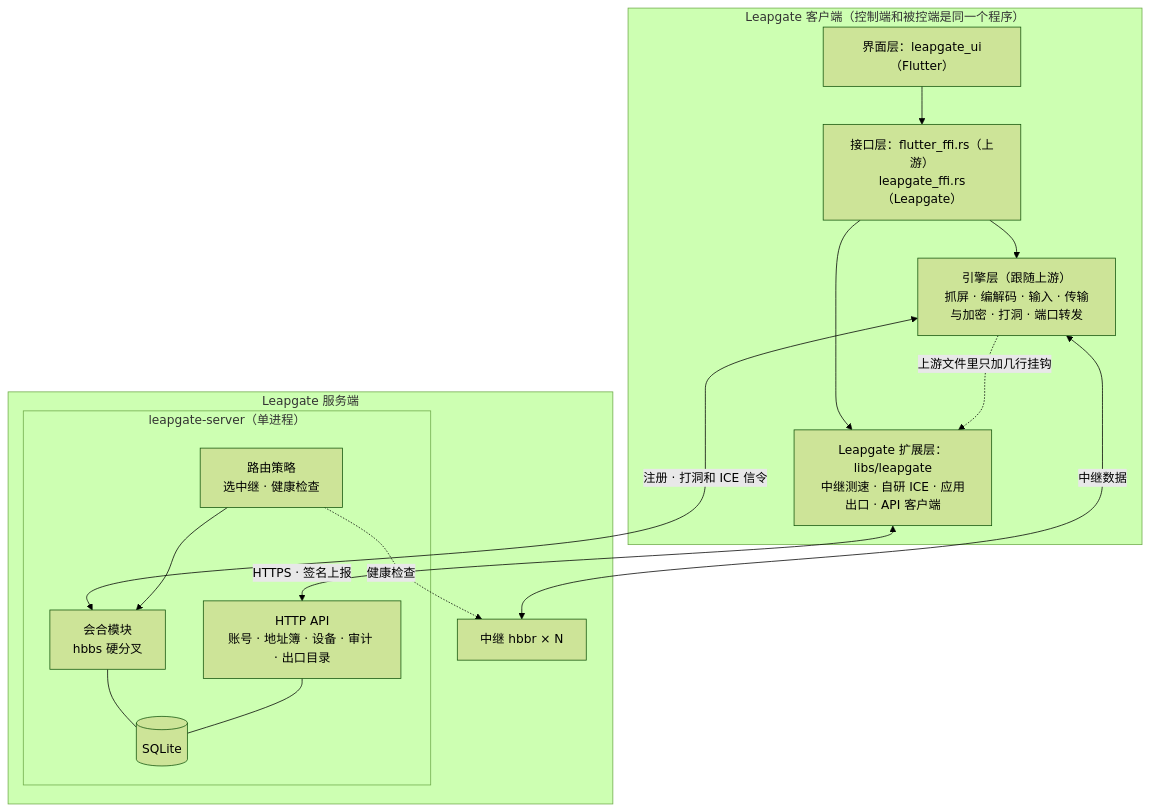
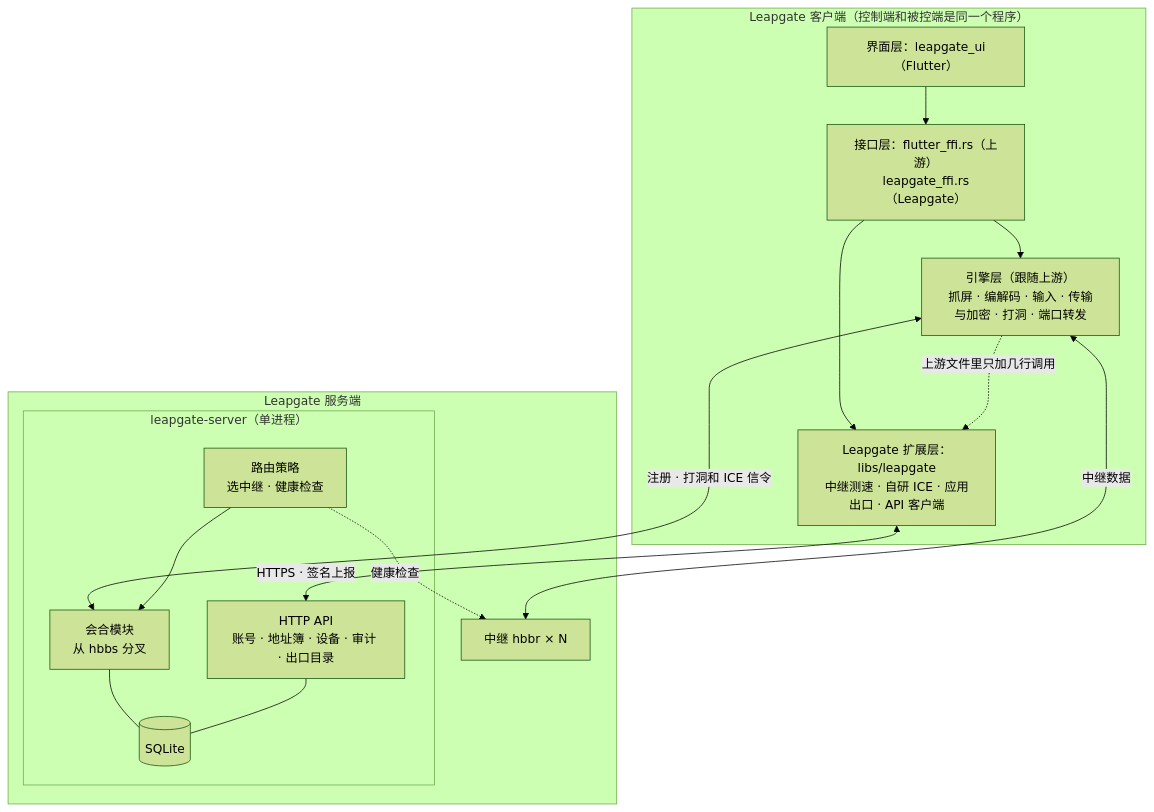
The diagram in README.md (Ogannesson/leapgate), drawn with Mermaid (forest theme) before and after one commit. The commit also changed other lines of this file and 1 other file, not shown here.

Commit message:
README: rewrite for outside readers (no milestone codes, phases or process terms; jargon explained on first use; roadmap by area with Done / In progress / Planned; one overall status line in the warning)

````diff
--- a/README.md
+++ b/README.md
@@ -231,29 +215,29 @@
 ```mermaid
 flowchart TB
   subgraph C["Leapgate 客户端（控制端和被控端是同一个程序）"]
     UI["界面层：leapgate_ui（Flutter）"]
     FFI["接口层：flutter_ffi.rs（上游）<br/>leapgate_ffi.rs（Leapgate）"]
     EXT["Leapgate 扩展层：libs/leapgate<br/>中继测速 · 自研 ICE · 应用出口 · API 客户端"]
     ENG["引擎层（跟随上游）<br/>抓屏 · 编解码 · 输入 · 传输与加密 · 打洞 · 端口转发"]
     UI --> FFI
     FFI --> ENG
     FFI --> EXT
-    ENG -.->|"上游文件里只加几行挂钩"| EXT
+    ENG -.->|"上游文件里只加几行调用"| EXT
   end
   subgraph S["Leapgate 服务端"]
     subgraph CP["leapgate-server（单进程）"]
-      RV["会合模块<br/>hbbs 硬分叉"]
+      RV["会合模块<br/>从 hbbs 分叉"]
       API["HTTP API<br/>账号 · 地址簿 · 设备 · 审计 · 出口目录"]
       RT["路由策略<br/>选中继 · 健康检查"]
       DB[("SQLite")]
     end
     RELAY["中继 hbbr × N"]
   end
   ENG <-->|"注册 · 打洞和 ICE 信令"| RV
   EXT <-->|"HTTPS · 签名上报"| API
   ENG <-->|"中继数据"| RELAY
   RT --> RV
   RT -.->|"健康检查"| RELAY
   RV --- DB
   API --- DB
 ```
````
